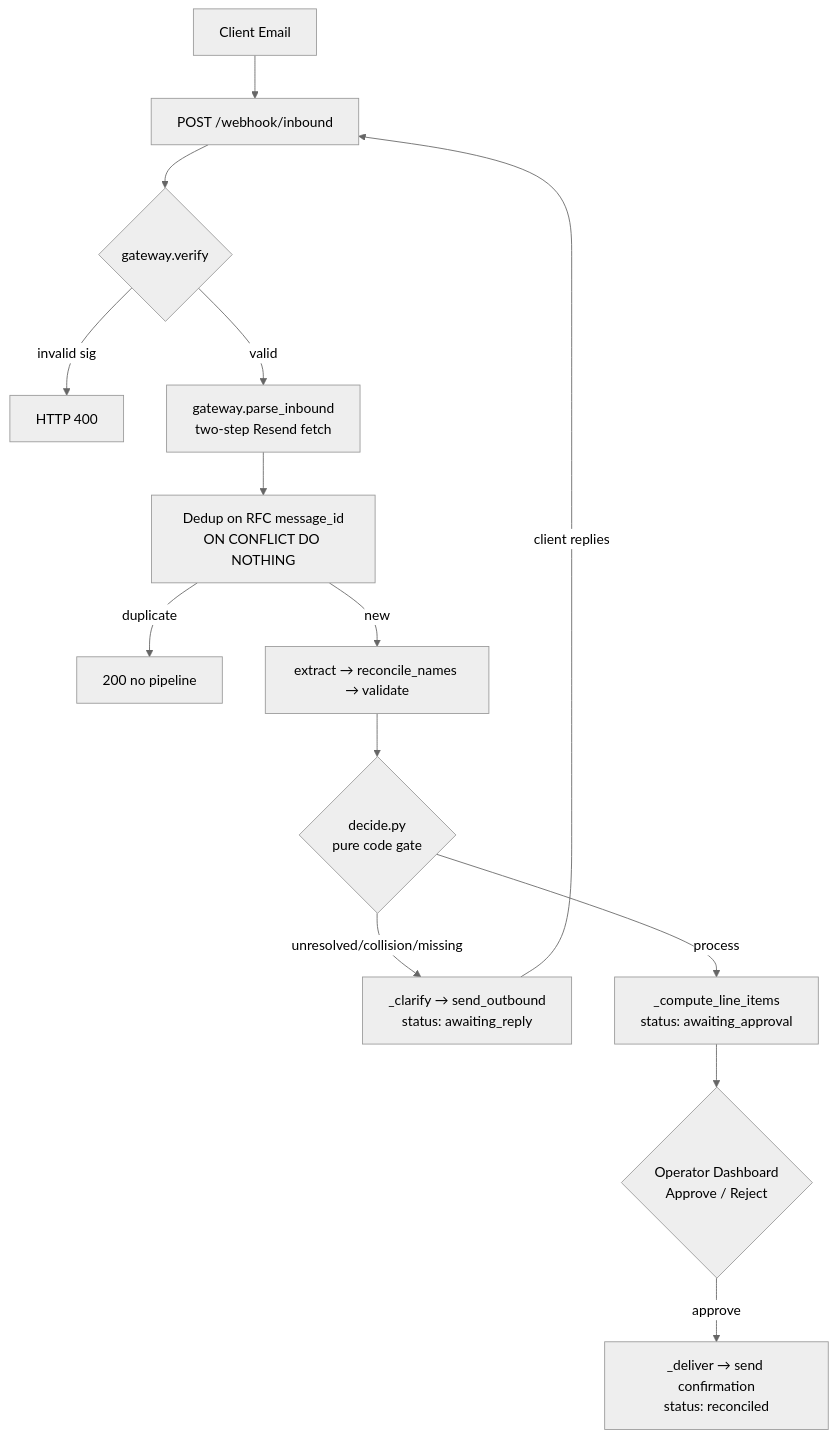
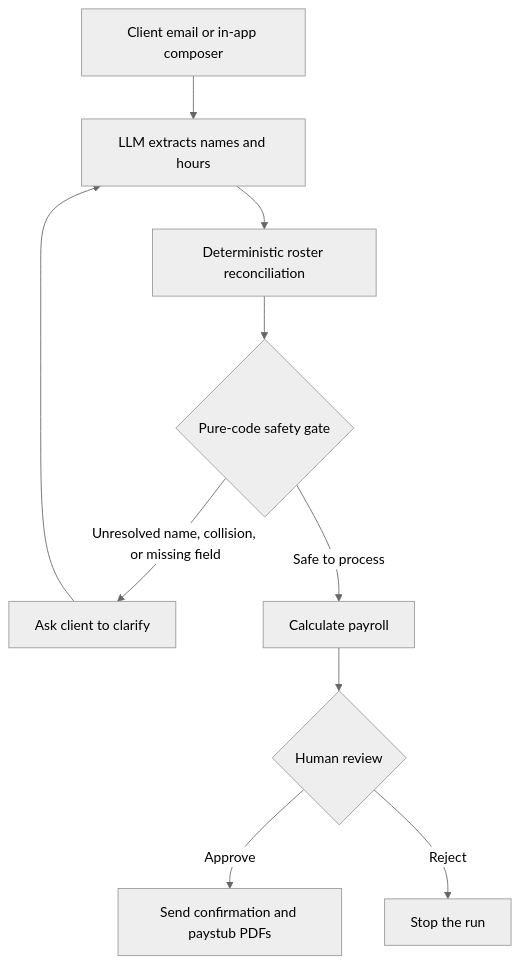
Before and after one commit to pjnhek/payroll_agent: the diagram in README.md, drawn with Mermaid (neutral theme). The commit also changed other lines of this file, not shown here.

````diff
--- a/README.md
+++ b/README.md
@@ -21,16 +21,12 @@
 ```mermaid
-graph TD
-    A[Client Email] --> B["POST /webhook/inbound"]
-    B --> C{gateway.verify}
-    C --invalid sig--> X[HTTP 400]
-    C --valid--> D["gateway.parse_inbound\ntwo-step Resend fetch"]
-    D --> E["Dedup on RFC message_id\nON CONFLICT DO NOTHING"]
-    E --duplicate--> Y[200 no pipeline]
-    E --new--> F["extract → reconcile_names → validate"]
-    F --> G{"decide.py\npure code gate"}
-    G --"unresolved/collision/missing"--> H["_clarify → send_outbound\nstatus: awaiting_reply"]
-    H --client replies--> B
-    G --process--> I["_compute_line_items\nstatus: awaiting_approval"]
-    I --> J{"Operator Dashboard\nApprove / Reject"}
-    J --approve--> K["_deliver → send confirmation\nstatus: reconciled"]
+flowchart TD
+    A["Client email or in-app composer"] --> B["LLM extracts names and hours"]
+    B --> C["Deterministic roster reconciliation"]
+    C --> D{"Pure-code safety gate"}
+    D -- "Unresolved name, collision, or missing field" --> E["Ask client to clarify"]
+    E --> B
+    D -- "Safe to process" --> F["Calculate payroll"]
+    F --> G{"Human review"}
+    G -- "Approve" --> H["Send confirmation and paystub PDFs"]
+    G -- "Reject" --> I["Stop the run"]
 ```
````
